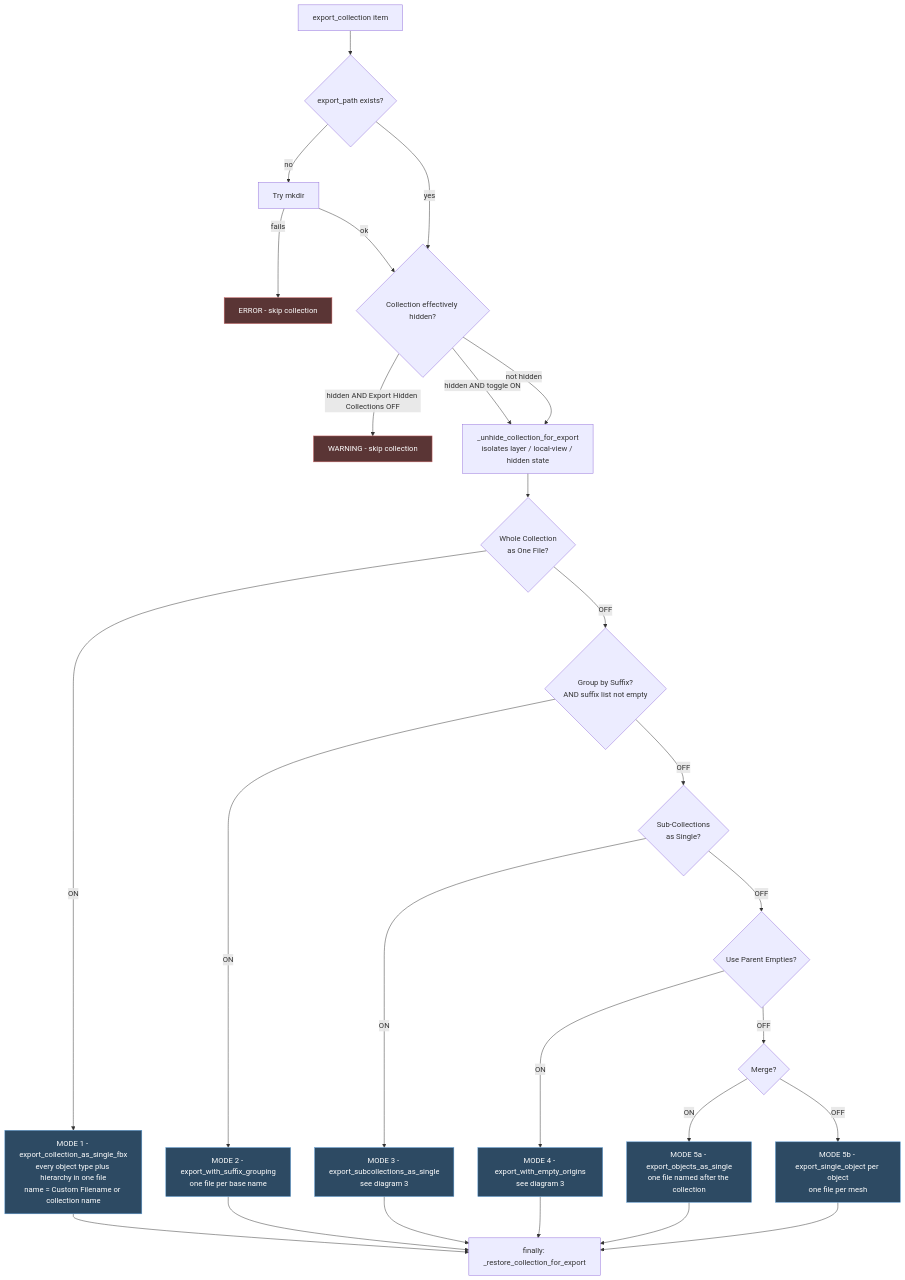
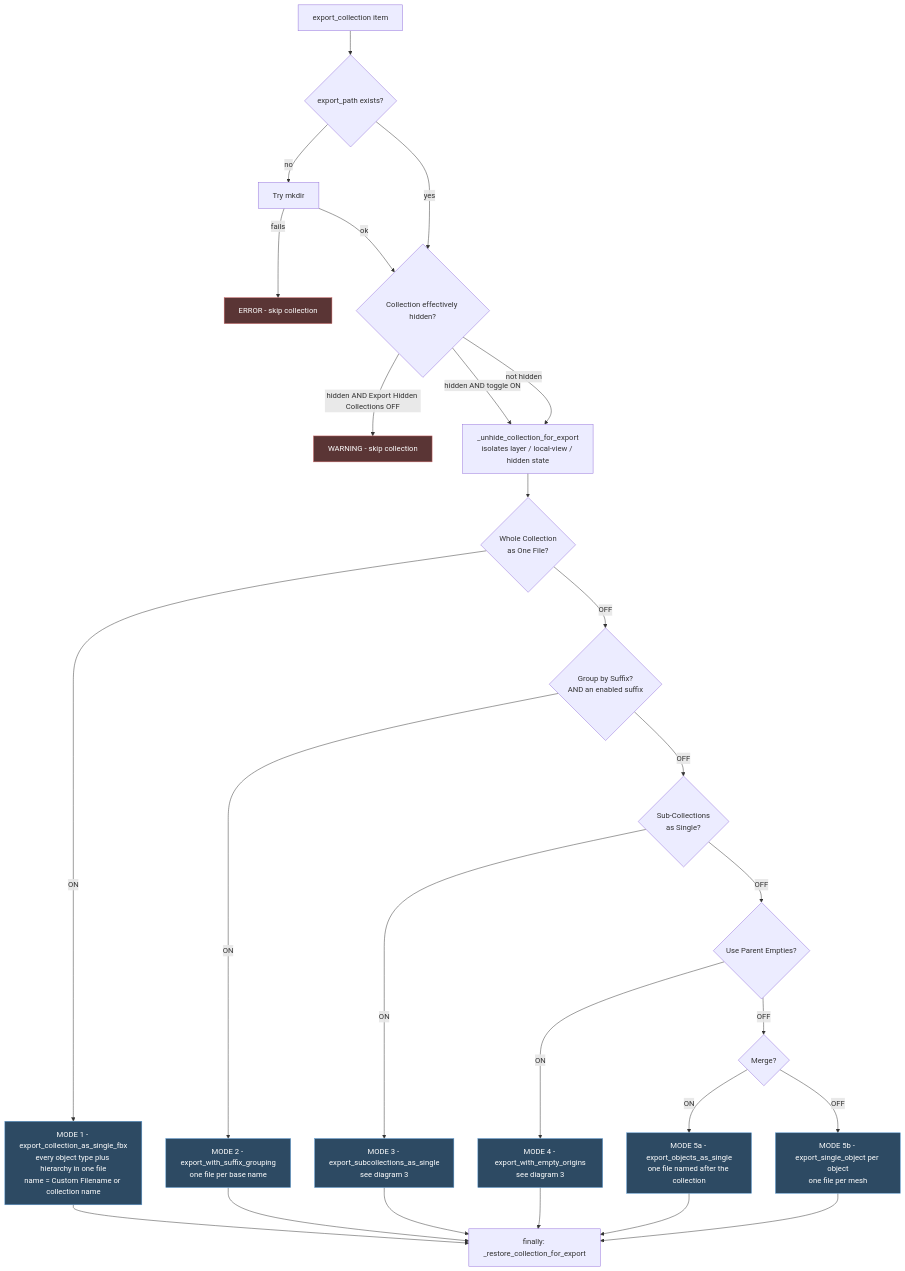
One commit to Stephk0/Toolings changed the second of 5 diagrams in Blender/Addons/MassExporter/EXPORT_FLOW.md. Above: the diagram before and after it, drawn with Mermaid. The commit also changed other lines of this file and 148 other files, not shown here.

````diff
--- a/Blender/Addons/MassExporter/EXPORT_FLOW.md
+++ b/Blender/Addons/MassExporter/EXPORT_FLOW.md
@@ -52,40 +52,40 @@
 ```mermaid
 flowchart TD
     S["export_collection item"] --> P{"export_path exists?"}
     P -->|no| PM["Try mkdir"]
     PM -->|fails| PERR["ERROR - skip collection"]
     PM -->|ok| HID
     P -->|yes| HID{"Collection effectively hidden?"}
 
     HID -->|"hidden AND Export Hidden Collections OFF"| SKIP["WARNING - skip collection"]
     HID -->|"hidden AND toggle ON"| ISO["_unhide_collection_for_export<br/>isolates layer / local-view / hidden state"]
     HID -->|not hidden| ISO
 
     ISO --> M1{"Whole Collection<br/>as One File?"}
     M1 -->|ON| R1["MODE 1 - export_collection_as_single_fbx<br/>every object type plus hierarchy in one file<br/>name = Custom Filename or collection name"]
 
-    M1 -->|OFF| M2{"Group by Suffix?<br/>AND suffix list not empty"}
+    M1 -->|OFF| M2{"Group by Suffix?<br/>AND an enabled suffix"}
     M2 -->|ON| R2["MODE 2 - export_with_suffix_grouping<br/>one file per base name"]
 
     M2 -->|OFF| M3{"Sub-Collections<br/>as Single?"}
     M3 -->|ON| R3["MODE 3 - export_subcollections_as_single<br/>see diagram 3"]
 
     M3 -->|OFF| M4{"Use Parent Empties?"}
     M4 -->|ON| R4["MODE 4 - export_with_empty_origins<br/>see diagram 3"]
 
     M4 -->|OFF| M5{"Merge?"}
     M5 -->|ON| R5["MODE 5a - export_objects_as_single<br/>one file named after the collection"]
     M5 -->|OFF| R6["MODE 5b - export_single_object per object<br/>one file per mesh"]
 
     R1 --> FIN["finally: _restore_collection_for_export"]
     R2 --> FIN
     R3 --> FIN
     R4 --> FIN
     R5 --> FIN
     R6 --> FIN
 
     classDef mode fill:#2d4a63,stroke:#5b9bd5,color:#ffffff
     classDef bail fill:#5a3535,stroke:#cc6666,color:#ffffff
     class R1,R2,R3,R4,R5,R6 mode
     class SKIP,PERR bail
 ```
````
